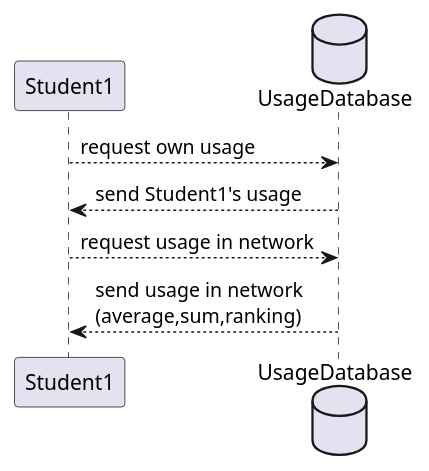
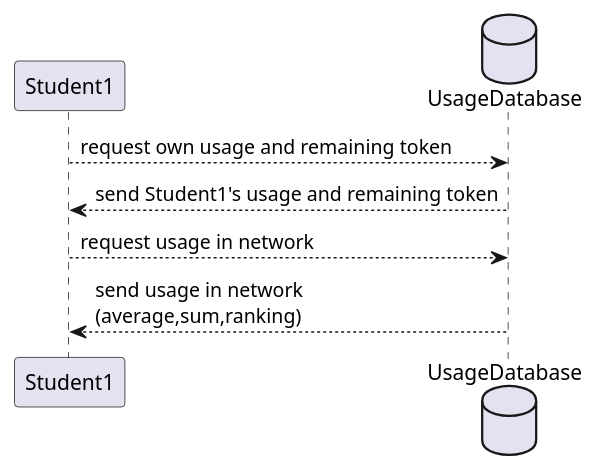
Before and after one commit to KyotoUniv-SIC/electoric-power-exchange: the diagram in Seq06_ShowAccountBalance.plantuml, drawn with PlantUML. The commit also changed 2 other files, not shown here.

Commit message:
feat: sequence explanation in README

```diff
--- a/Seq06_ShowAccountBalance.plantuml
+++ b/Seq06_ShowAccountBalance.plantuml
@@ -1,9 +1,9 @@
 @startuml sequence
 participant Student1 as st1
 database UsageDatabase as db1
 
-st1 --> db1 : request own usage
-st1 <-- db1 : send Student1's usage
+st1 --> db1 : request own usage and remaining token
+st1 <-- db1 : send Student1's usage and remaining token
 st1 --> db1 : request usage in network
 st1 <-- db1 : send usage in network\n(average,sum,ranking)
 @enduml
```
